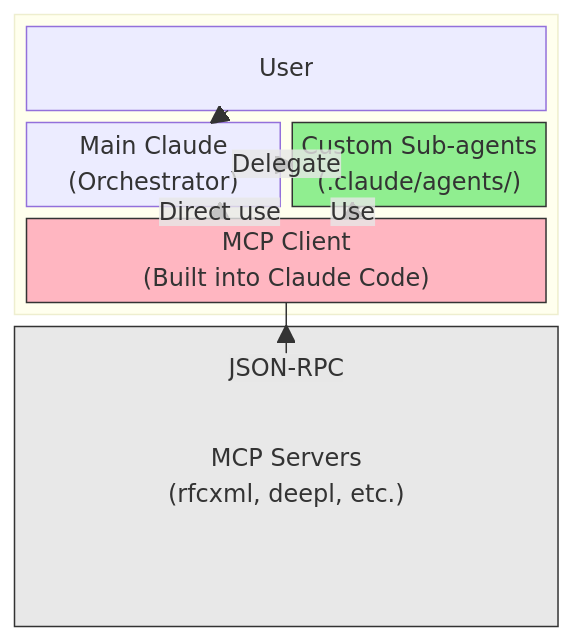
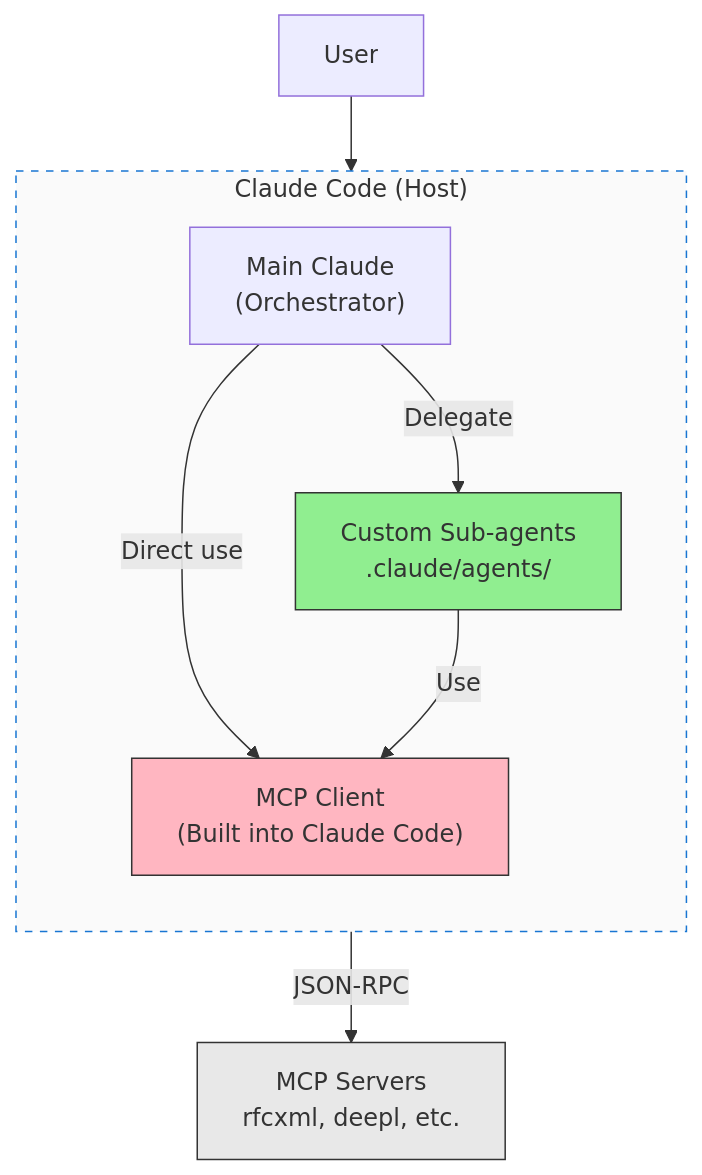
One commit to shuji-bonji/ai-agent-architecture changed the first of 2 diagrams in docs/agents/what-is-subagent.md. Above: the diagram before and after it, drawn with Mermaid. The commit also changed other lines of this file and 8 other files, not shown here.

````diff
--- a/docs/agents/what-is-subagent.md
+++ b/docs/agents/what-is-subagent.md
@@ -65,23 +67,25 @@
 ```mermaid
-block-beta
-    columns 2
+flowchart TB
+    USER["User"]
 
-    block:CLAUDE_CODE:2
-        columns 2
-        USER["User"]:2
-        MAIN["Main Claude\n(Orchestrator)"]:1 SUBAGENT["Custom Sub-agents\n(.claude/agents/)"]:1
-        MCP_CLIENT["MCP Client\n(Built into Claude Code)"]:2
+    subgraph CLAUDE_CODE["Claude Code (Host)"]
+        direction TB
+        MAIN["Main Claude<br/>(Orchestrator)"]
+        SUBAGENT["Custom Sub-agents<br/>.claude/agents/"]
+        MCP_CLIENT["MCP Client<br/>(Built into Claude Code)"]
+
+        MAIN -->|Delegate| SUBAGENT
+        MAIN -->|Direct use| MCP_CLIENT
+        SUBAGENT -->|Use| MCP_CLIENT
     end
 
-    MCP_SERVERS["MCP Servers\n(rfcxml, deepl, etc.)"]:2
+    MCP_SERVERS["MCP Servers<br/>rfcxml, deepl, etc."]
 
     USER --> MAIN
-    MAIN --"Delegate"--> SUBAGENT
-    SUBAGENT --"Use"--> MCP_CLIENT
-    MAIN --"Direct use"--> MCP_CLIENT
-    MCP_CLIENT --"JSON-RPC"--> MCP_SERVERS
+    MCP_CLIENT -->|JSON-RPC| MCP_SERVERS
 
+    style SUBAGENT fill:#90EE90,color:#333,stroke:#333
     style MCP_CLIENT fill:#FFB6C1,color:#333,stroke:#333
-    style SUBAGENT fill:#90EE90,color:#333,stroke:#333
     style MCP_SERVERS fill:#E8E8E8,color:#333,stroke:#333
+    style CLAUDE_CODE fill:#fafafa,stroke:#1976d2,stroke-dasharray: 5 5
 ```
````
